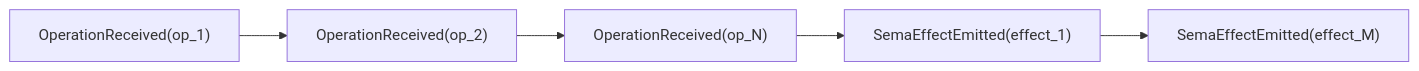
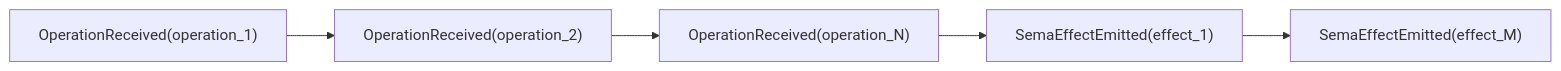
The second of 3 diagrams in ARCHITECTURE.md (LiGoldragon/signal-executor), drawn with Mermaid before and after one commit. The commit also changed other lines of this file and 7 other files, not shown here.

````diff
--- a/ARCHITECTURE.md
+++ b/ARCHITECTURE.md
@@ -160,10 +160,10 @@
 ```mermaid
 flowchart LR
-    op1["OperationReceived(op_1)"]
-    op2["OperationReceived(op_2)"]
-    opN["OperationReceived(op_N)"]
+    operation1["OperationReceived(operation_1)"]
+    operation2["OperationReceived(operation_2)"]
+    operationN["OperationReceived(operation_N)"]
     e1["SemaEffectEmitted(effect_1)"]
     eM["SemaEffectEmitted(effect_M)"]
 
-    op1 --> op2 --> opN --> e1 --> eM
+    operation1 --> operation2 --> operationN --> e1 --> eM
 ```
````
